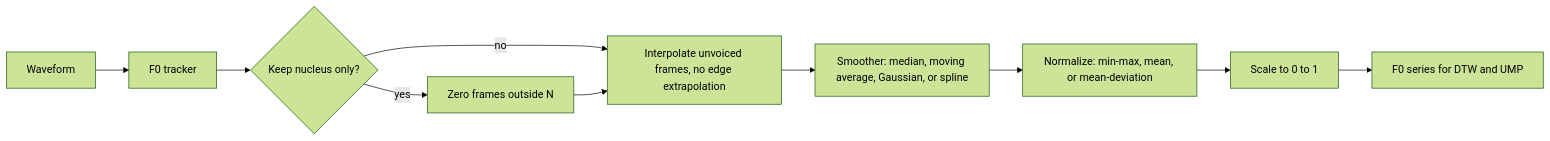
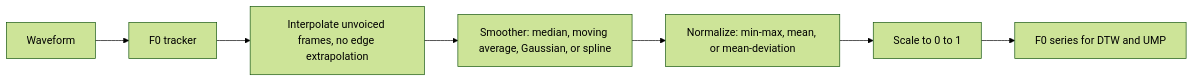
Before and after one commit to zhitko/singing-lessons-trainer: the fourth of 9 diagrams in docs/data_flow_en.md, drawn with Mermaid (forest theme). The commit also changed other lines of this file and 12 other files, not shown here.

````diff
--- a/docs/data_flow_en.md
+++ b/docs/data_flow_en.md
@@ -106,12 +106,9 @@
 ```mermaid
 flowchart LR
     Sig["Waveform"] --> Track["F0 tracker"]
-    Track --> Mask{"Keep nucleus only?"}
-    Mask -->|yes| ZeroN["Zero frames outside N"]
-    Mask -->|no| Gaps
-    ZeroN --> Gaps["Interpolate unvoiced frames, no edge extrapolation"]
+    Track --> Gaps["Interpolate unvoiced frames, no edge extrapolation"]
     Gaps --> Smooth["Smoother: median, moving average, Gaussian, or spline"]
     Smooth --> Norm["Normalize: min-max, mean, or mean-deviation"]
     Norm --> Scale["Scale to 0 to 1"]
     Scale --> Out["F0 series for DTW and UMP"]
 ```
````
